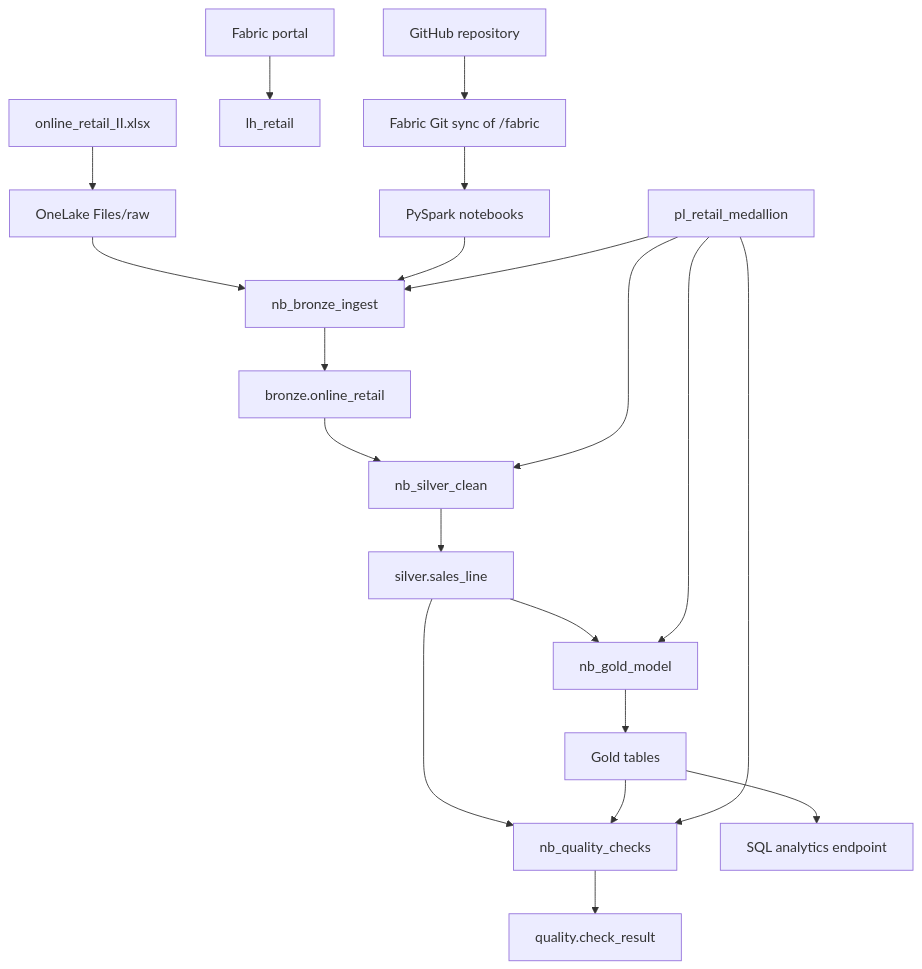
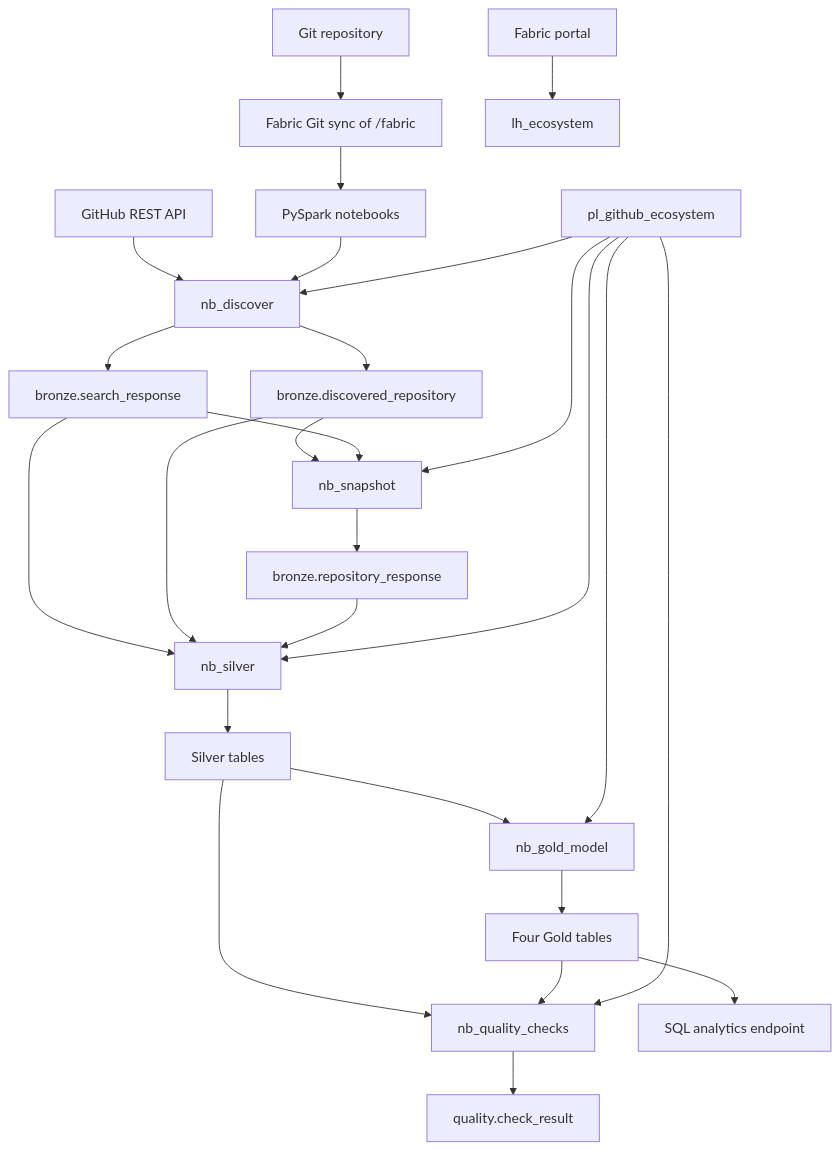
Before and after one commit to alexpberger/abc-github-ecosystem-intelligence: the diagram in architecture/architecture.md, drawn with Mermaid. The commit also changed other lines of this file and 41 other files, not shown here.

First line of the commit message:
Replace the retail demo with a GitHub ecosystem lakehouse.

````diff
--- a/architecture/architecture.md
+++ b/architecture/architecture.md
@@ -7,22 +7,28 @@
 ```mermaid
 flowchart TD
-  dev["GitHub repository"] --> gitSync["Fabric Git sync of /fabric"]
+  dev["Git repository"] --> gitSync["Fabric Git sync of /fabric"]
   gitSync --> notebooks["PySpark notebooks"]
-  portal["Fabric portal"] --> lakehouse["lh_retail"]
-  upload["online_retail_II.xlsx"] --> files["OneLake Files/raw"]
-  files --> bronzeNb["nb_bronze_ingest"]
-  notebooks --> bronzeNb
-  bronzeNb --> bronze["bronze.online_retail"]
-  bronze --> silverNb["nb_silver_clean"]
-  silverNb --> silver["silver.sales_line"]
+  portal["Fabric portal"] --> lakehouse["lh_ecosystem"]
+  github["GitHub REST API"] --> discover["nb_discover"]
+  notebooks --> discover
+  discover --> searchBronze["bronze.search_response"]
+  discover --> found["bronze.discovered_repository"]
+  found --> snapshot["nb_snapshot"]
+  searchBronze --> snapshot
+  snapshot --> repoBronze["bronze.repository_response"]
+  searchBronze --> silverNb["nb_silver"]
+  found --> silverNb
+  repoBronze --> silverNb
+  silverNb --> silver["Silver tables"]
   silver --> goldNb["nb_gold_model"]
-  goldNb --> gold["Gold tables"]
+  goldNb --> gold["Four Gold tables"]
   silver --> qualityNb["nb_quality_checks"]
   gold --> qualityNb
   qualityNb --> checks["quality.check_result"]
   gold --> endpoint["SQL analytics endpoint"]
-  pipeline["pl_retail_medallion"] --> bronzeNb
+  pipeline["pl_github_ecosystem"] --> discover
+  pipeline --> snapshot
   pipeline --> silverNb
   pipeline --> goldNb
   pipeline --> qualityNb
 ```
````
